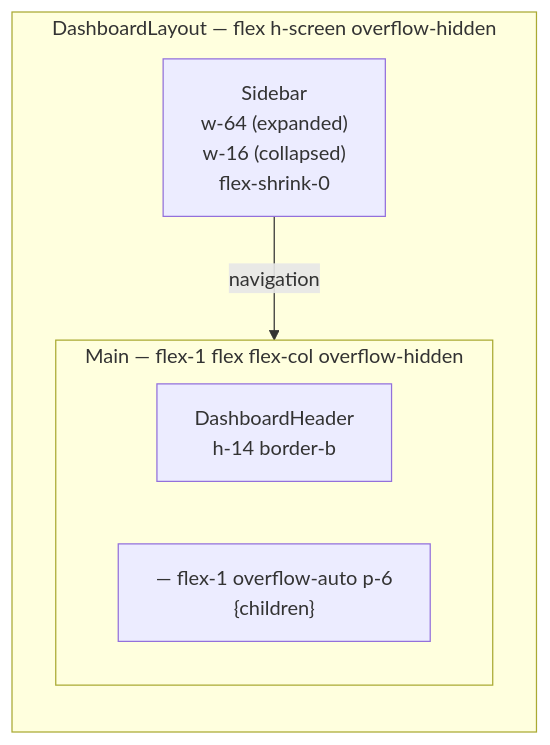
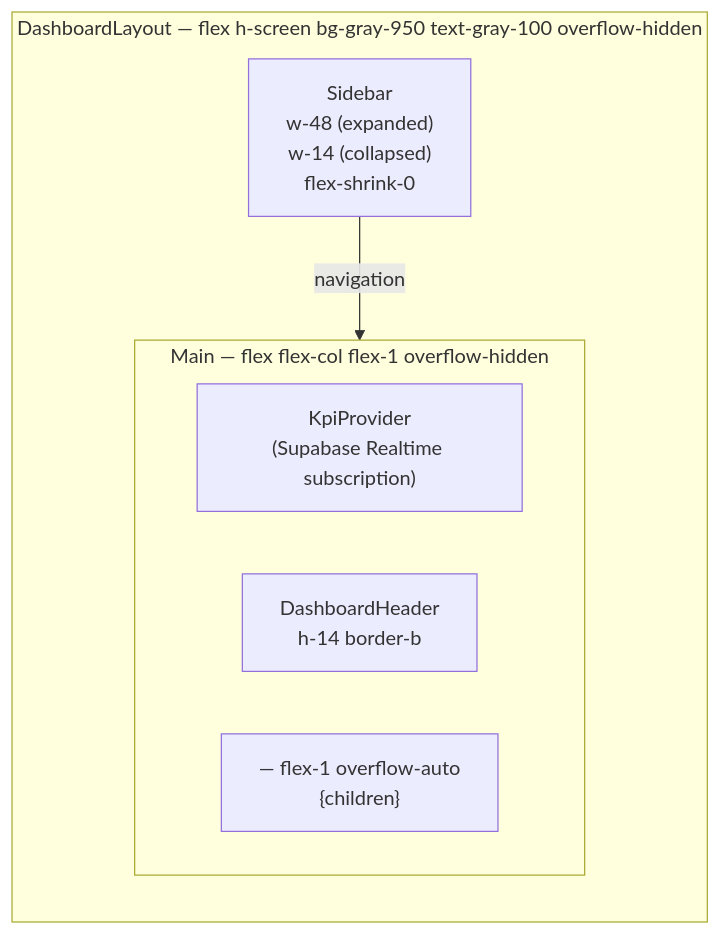
The third of 14 diagrams in apps/logistics-dashboard/docs/LAYOUT.md (macho715/logi_hvdc_dash), drawn with Mermaid before and after one commit. The commit also changed other lines of this file and 80 other files, not shown here.

First line of the commit message:
feat: HVDC logistics dashboard v2.0 — cockpit rework + layout fix

````diff
--- a/apps/logistics-dashboard/docs/LAYOUT.md
+++ b/apps/logistics-dashboard/docs/LAYOUT.md
@@ -90,12 +108,13 @@
 ```mermaid
 graph LR
-    subgraph DashboardLayout["DashboardLayout — flex h-screen overflow-hidden"]
-        Sidebar["Sidebar<br/>w-64 (expanded)<br/>w-16 (collapsed)<br/>flex-shrink-0"]
-        subgraph Main["Main — flex-1 flex flex-col overflow-hidden"]
+    subgraph DashboardLayout["DashboardLayout — flex h-screen bg-gray-950 text-gray-100 overflow-hidden"]
+        Sidebar["Sidebar<br/>w-48 (expanded)<br/>w-14 (collapsed)<br/>flex-shrink-0"]
+        subgraph Main["Main — flex flex-col flex-1 overflow-hidden"]
+            KpiProvider["KpiProvider<br/>(Supabase Realtime subscription)"]
             Header["DashboardHeader<br/>h-14 border-b"]
-            Content["<main> — flex-1 overflow-auto p-6<br/>{children}"]
+            Content["<main> — flex-1 overflow-auto<br/>{children}"]
         end
     end
 
     Sidebar -->|"navigation"| Main
 ```
````
